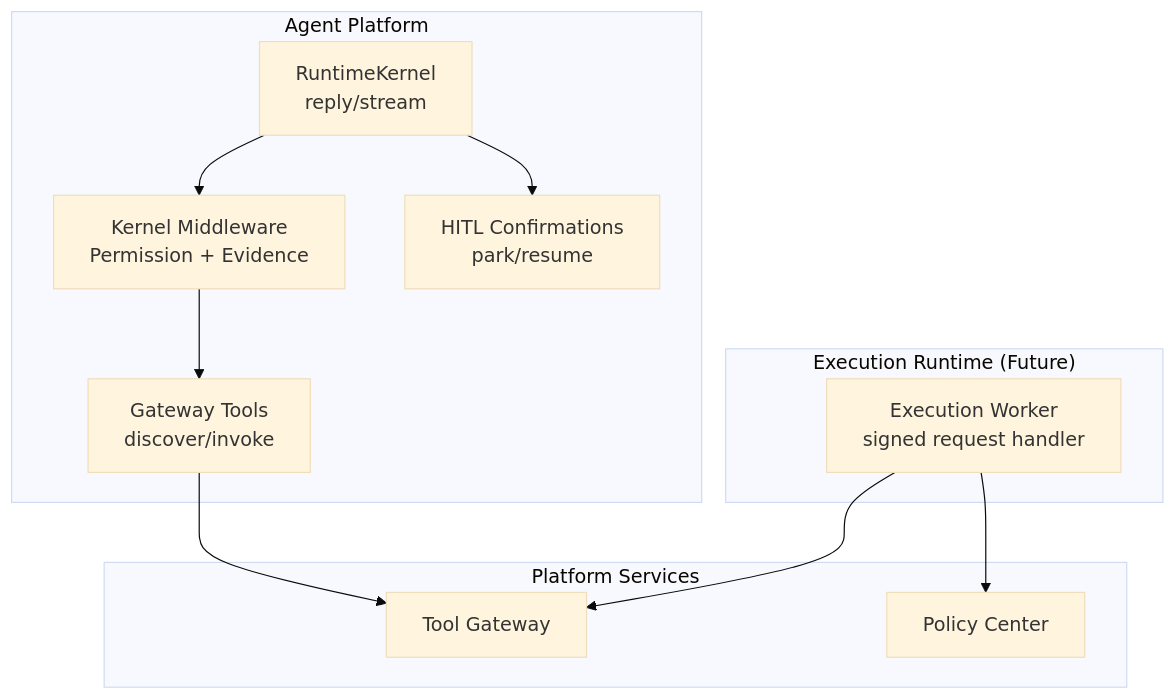
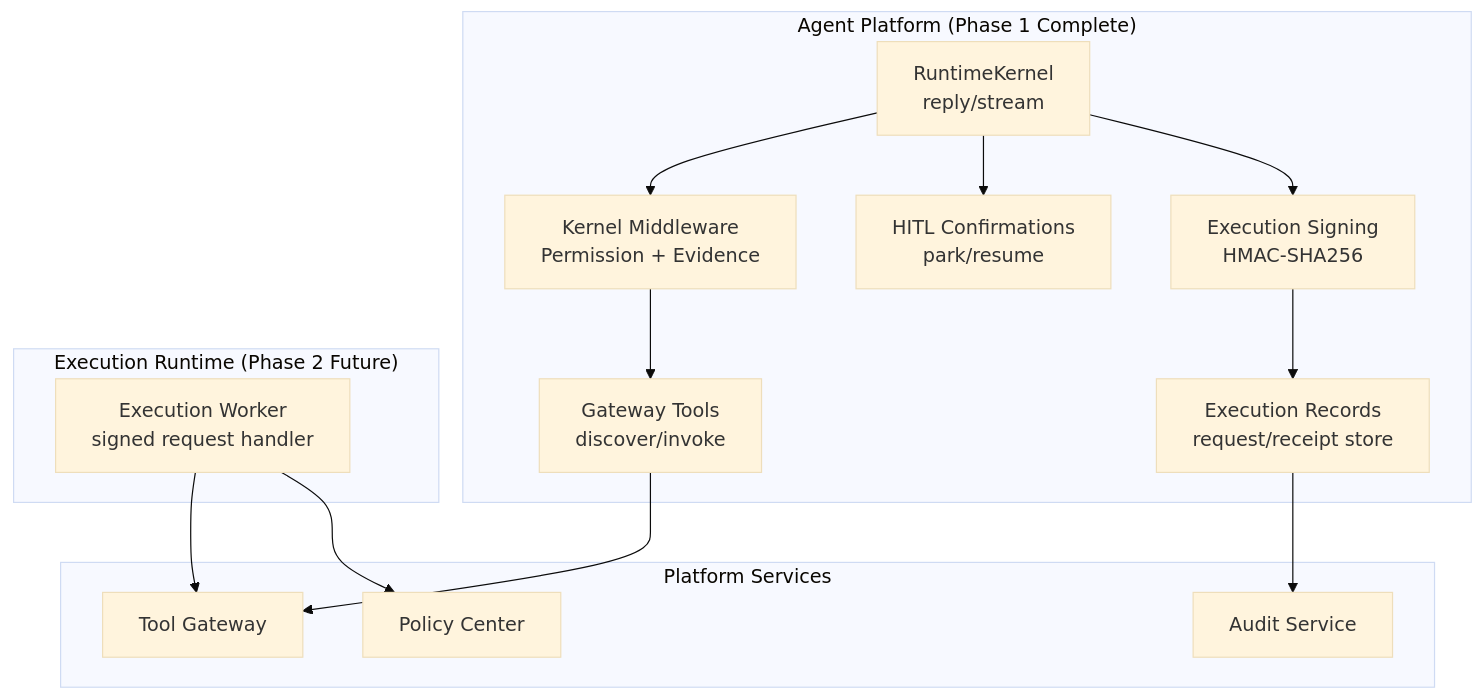
One commit to metasync/luban-aiops changed the first of 8 diagrams in .qoder/repowiki/en/content/Architecture Documentation/Execution Runtime Spike.md. Above: the diagram before and after it, drawn with Mermaid (base theme). The commit also changed other lines of this file and 4 other files, not shown here.

````diff
--- a/.qoder/repowiki/en/content/Architecture Documentation/Execution Runtime Spike.md
+++ b/.qoder/repowiki/en/content/Architecture Documentation/Execution Runtime Spike.md
@@ -32,22 +46,28 @@
 ```mermaid
 graph TB
-subgraph "Agent Platform"
+subgraph "Agent Platform (Phase 1 Complete)"
 RK["RuntimeKernel<br/>reply/stream"]
 MW["Kernel Middleware<br/>Permission + Evidence"]
 GT["Gateway Tools<br/>discover/invoke"]
 HC["HITL Confirmations<br/>park/resume"]
+ES["Execution Signing<br/>HMAC-SHA256"]
+ER["Execution Records<br/>request/receipt store"]
 end
-subgraph "Execution Runtime (Future)"
-ER["Execution Worker<br/>signed request handler"]
+subgraph "Execution Runtime (Phase 2 Future)"
+EW["Execution Worker<br/>signed request handler"]
 end
 subgraph "Platform Services"
 TG["Tool Gateway"]
 PG["Policy Center"]
+AS["Audit Service"]
 end
 RK --> MW
 MW --> GT
 GT --> TG
 RK --> HC
-ER --> TG
-ER --> PG
+RK --> ES
+ES --> ER
+ER --> AS
+EW --> TG
+EW --> PG
 ```
````
